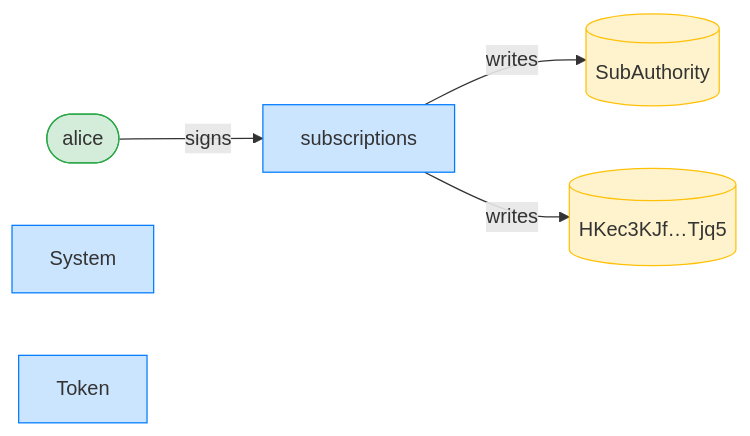
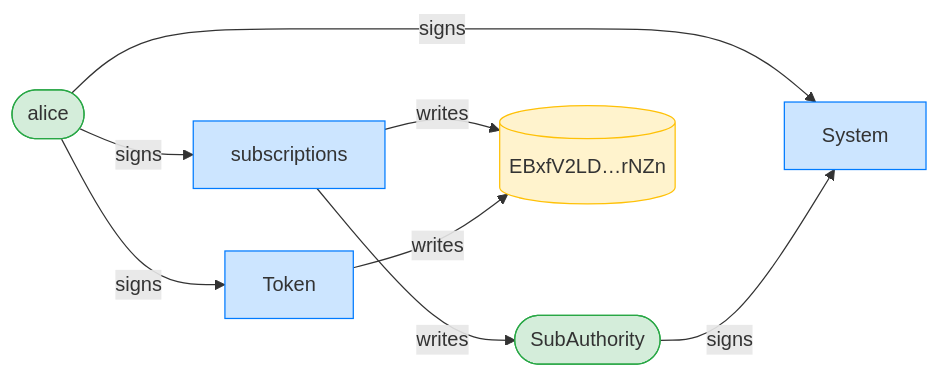
One commit to cds-rs/subscriptions changed the third of 24 diagrams in dsl_tests/cancel--resume--then-cancel-across-a-period-boundary.md. Above: the diagram before and after it, drawn with Mermaid. The commit also changed other lines of this file and 224 other files, not shown here.

````diff
--- a/dsl_tests/cancel--resume--then-cancel-across-a-period-boundary.md
+++ b/dsl_tests/cancel--resume--then-cancel-across-a-period-boundary.md
@@ -55,15 +56,19 @@
 ```mermaid
 flowchart LR
     classDef signer fill:#d4edda,stroke:#28a745;
     classDef program fill:#cce5ff,stroke:#007bff;
     classDef writable fill:#fff3cd,stroke:#ffc107;
     subscriptions[subscriptions]:::program
     alice([alice]):::signer
-    SubAuthority[(SubAuthority)]:::writable
-    HKec3KJf_Tjq5[("HKec3KJf…Tjq5")]:::writable
+    SubAuthority([SubAuthority]):::signer
+    EBxfV2LD_rNZn[("EBxfV2LD…rNZn")]:::writable
     System[System]:::program
     Token[Token]:::program
     alice -->|signs| subscriptions
+    alice -->|signs| System
+    SubAuthority -->|signs| System
+    alice -->|signs| Token
     subscriptions -->|writes| SubAuthority
-    subscriptions -->|writes| HKec3KJf_Tjq5
+    subscriptions -->|writes| EBxfV2LD_rNZn
+    Token -->|writes| EBxfV2LD_rNZn
 ```
````
